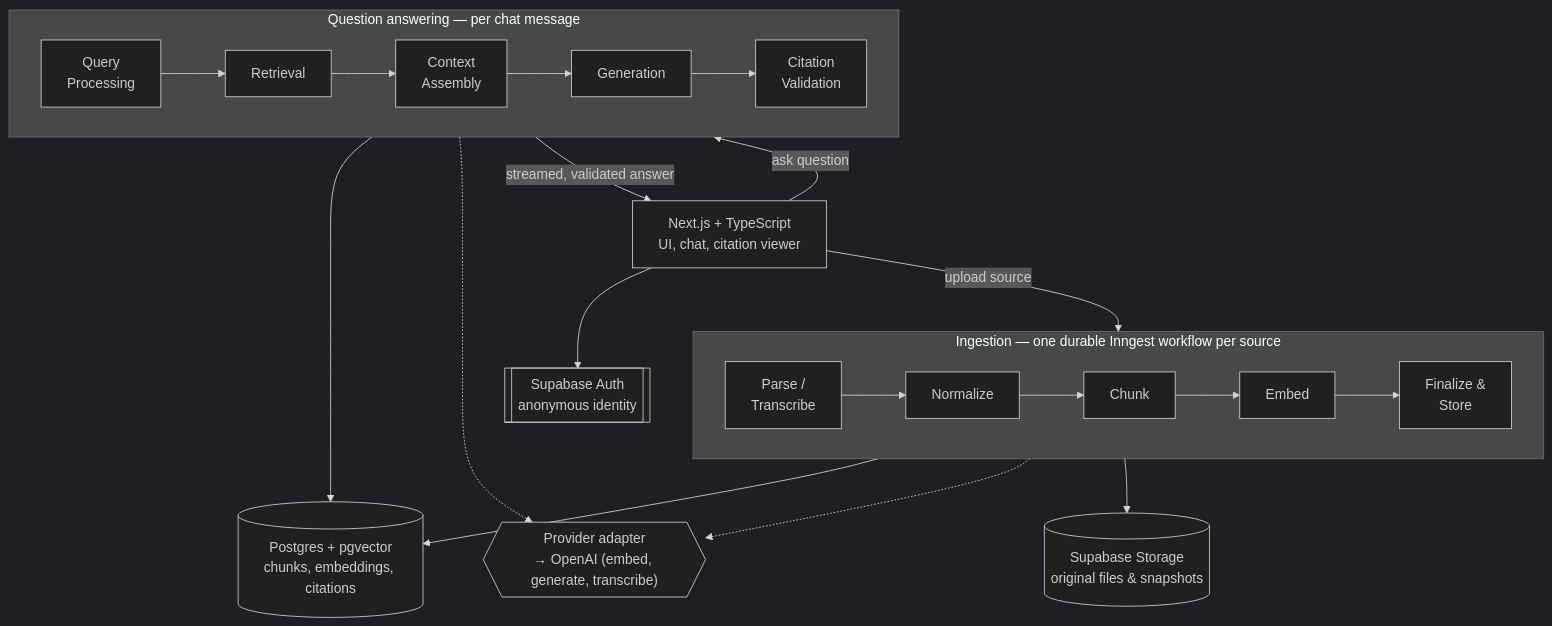
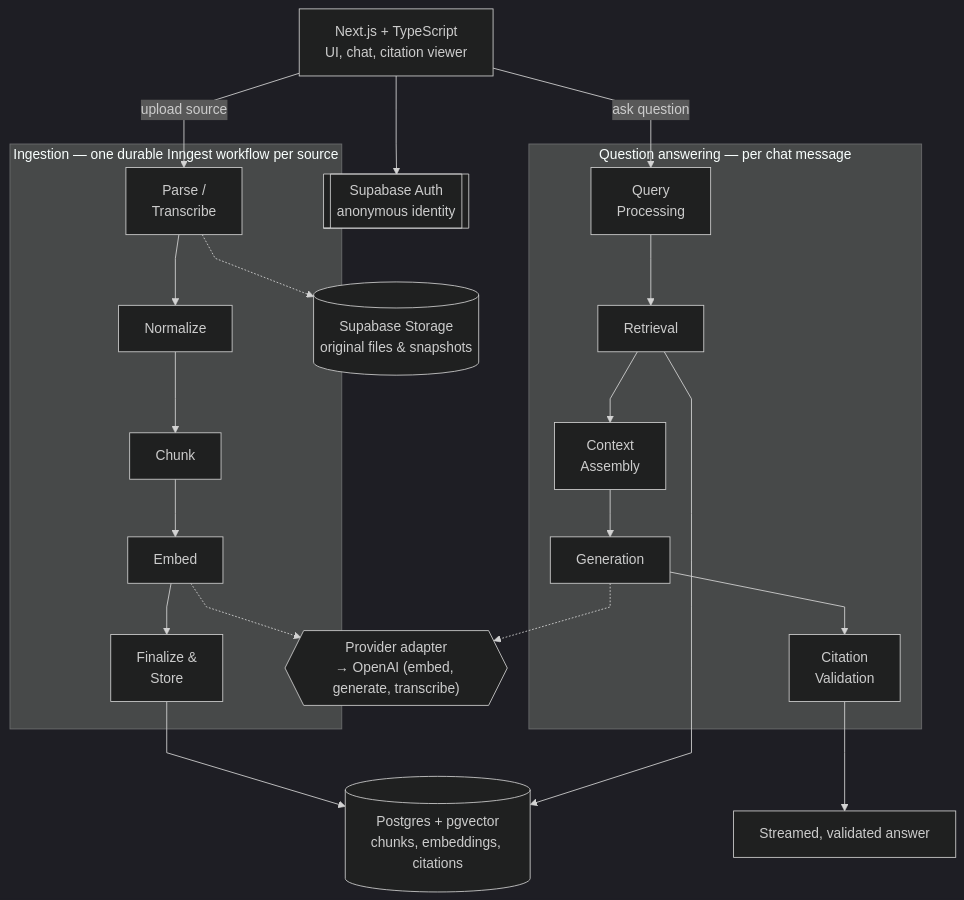
Before and after one commit to kichvel/notebooklm-clone: the diagram in README.md, drawn with Mermaid (dark theme).

Commit message:
docs: fix mermaid diagram layout overlap in README
Remove the direction-LR subgraphs nested inside a TB parent flowchart
and the back-edge into UI (both known Mermaid/dagre overlap
triggers), and add spacing/curve tuning via an init directive.

````diff
--- a/README.md
+++ b/README.md
@@ -16,31 +16,29 @@
 ```mermaid
+%%{init: {"flowchart": {"nodeSpacing": 30, "rankSpacing": 55, "curve": "linear"}}}%%
 flowchart TB
     UI["Next.js + TypeScript<br/>UI, chat, citation viewer"]
     Auth[["Supabase Auth<br/>anonymous identity"]]
+    UI --> Auth
 
+    UI -- "upload source" --> I1
     subgraph Ingest["Ingestion — one durable Inngest workflow per source"]
-        direction LR
         I1["Parse /<br/>Transcribe"] --> I2["Normalize"] --> I3["Chunk"] --> I4["Embed"] --> I5["Finalize &<br/>Store"]
     end
 
+    UI -- "ask question" --> Q1
     subgraph QA["Question answering — per chat message"]
-        direction LR
         Q1["Query<br/>Processing"] --> Q2["Retrieval"] --> Q3["Context<br/>Assembly"] --> Q4["Generation"] --> Q5["Citation<br/>Validation"]
     end
 
     DB[("Postgres + pgvector<br/>chunks, embeddings, citations")]
     FileStore[("Supabase Storage<br/>original files & snapshots")]
     Provider{{"Provider adapter<br/>→ OpenAI (embed, generate, transcribe)"}}
 
-    UI --> Auth
-    UI -- "upload source" --> Ingest
-    UI -- "ask question" --> QA
-
-    Ingest --> FileStore
+    I1 -.-> FileStore
+    I4 -.-> Provider
     I5 --> DB
-    I4 -.-> Provider
 
     Q2 --> DB
     Q4 -.-> Provider
-    QA -- "streamed, validated answer" --> UI
+    Q5 --> Answer["Streamed, validated answer"]
 ```
````
